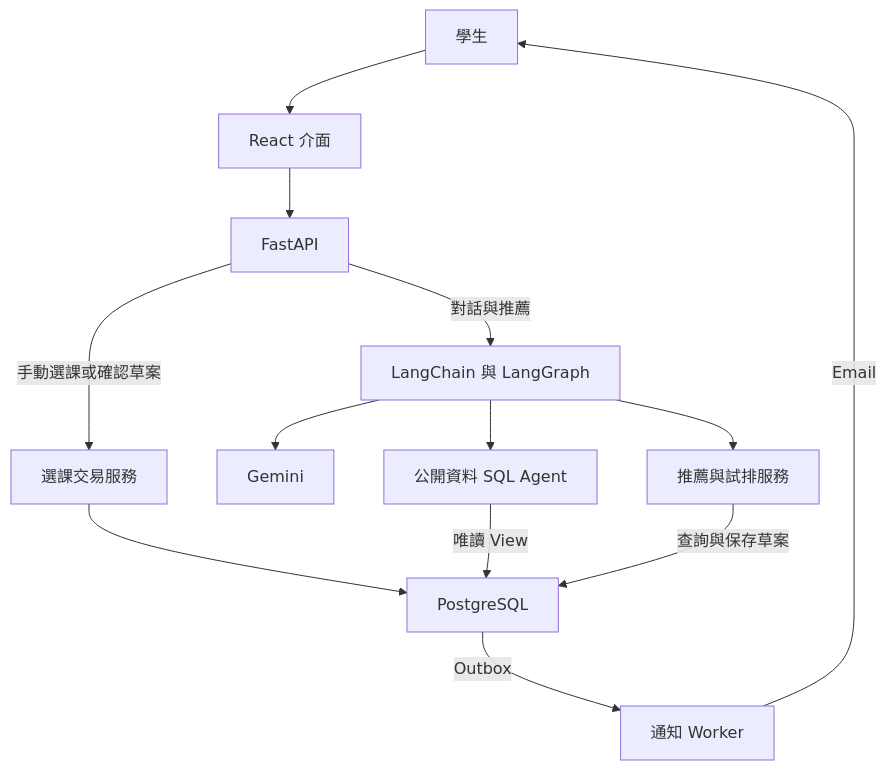
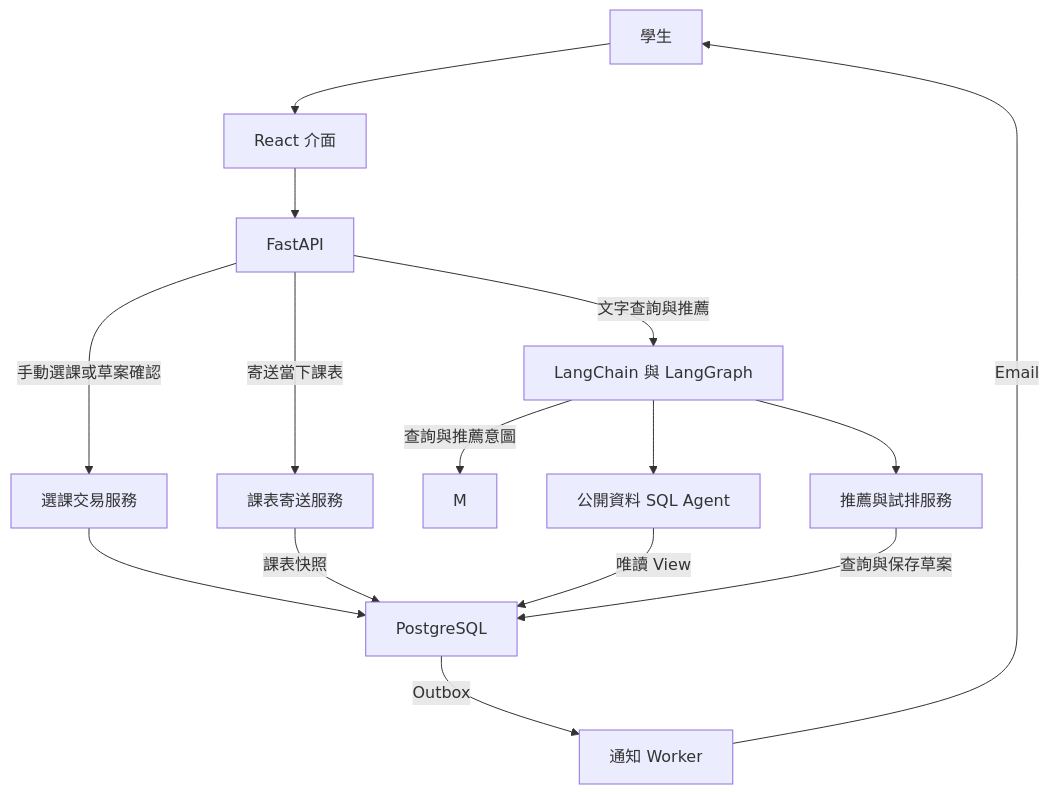
Before and after one commit to programmerKB/CourseFlow: the third of 3 diagrams in Course_Registration_SRS.md, drawn with Mermaid. The commit also changed other lines of this file and 40 other files, not shown here.

````diff
--- a/Course_Registration_SRS.md
+++ b/Course_Registration_SRS.md
@@ -203,15 +261,17 @@
 ```mermaid
 flowchart TD
     U[學生] --> F[React 介面]
     F --> A[FastAPI]
-    A -->|對話與推薦| G[LangChain 與 LangGraph]
-    A -->|手動選課或確認草案| S[選課交易服務]
-    G --> M[Gemini]
+    A -->|文字查詢與推薦| G[LangChain 與 LangGraph]
+    A -->|手動選課或草案確認| S[選課交易服務]
+    A -->|寄送當下課表| E[課表寄送服務]
+    G -->|查詢與推薦意圖| M
     G --> Q[公開資料 SQL Agent]
     G --> R[推薦與試排服務]
     S --> P[PostgreSQL]
+    E -->|課表快照| P
     Q -->|唯讀 View| P
     R -->|查詢與保存草案| P
     P -->|Outbox| W[通知 Worker]
     W -->|Email| U
 ```
````
